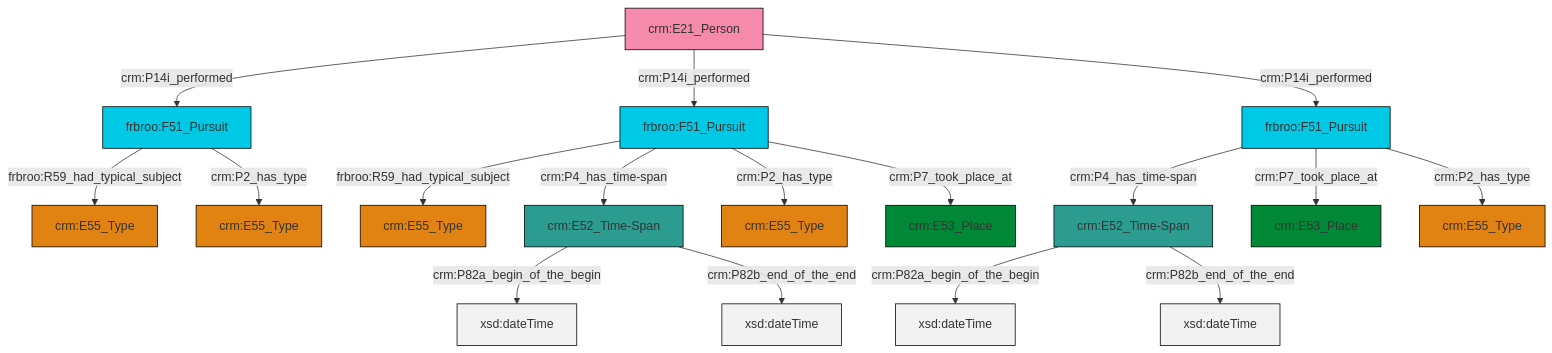
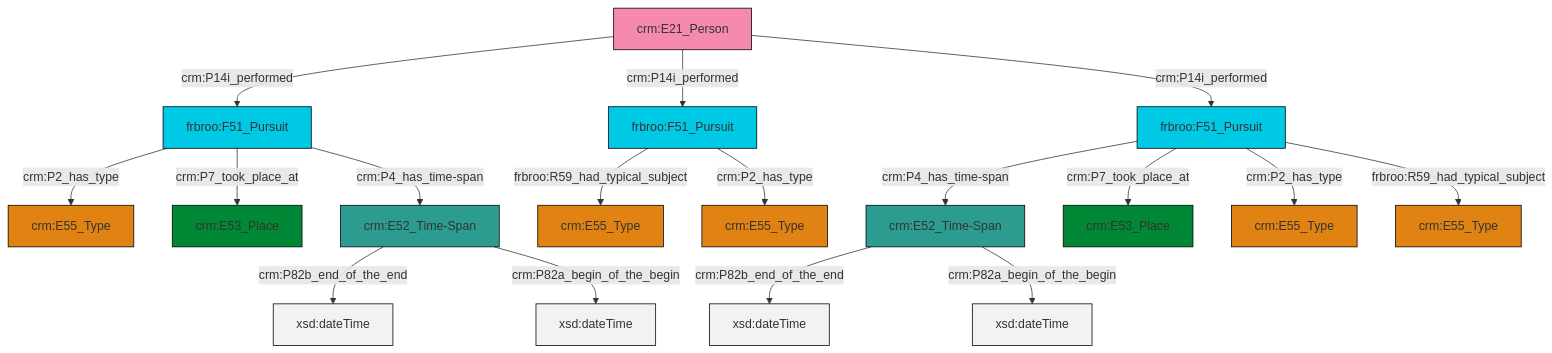
Before and after one commit to swiss-art-research-net/reference-data-models: the diagram in et/personCSV/ttl/mmd/Person_Event.ttl.mmd, drawn with Mermaid. The commit also changed 131 other files, not shown here.

```diff
--- a/et/personCSV/ttl/mmd/Person_Event.ttl.mmd
+++ b/et/personCSV/ttl/mmd/Person_Event.ttl.mmd
@@ -1,31 +1,31 @@
 graph TD
 classDef Literal fill:#f2f2f2,stroke:#000000;
 classDef CRM_Entity fill:#FFFFFF,stroke:#000000;
 classDef Temporal_Entity fill:#00C9E6, stroke:#000000;
 classDef Type fill:#E18312, stroke:#000000;
 classDef Time-Span fill:#2C9C91, stroke:#000000;
 classDef Appellation fill:#FFEB7F, stroke:#000000;
 classDef Place fill:#008836, stroke:#000000;
 classDef Persistent_Item fill:#B266B2, stroke:#000000;
 classDef Conceptual_Object fill:#FFD700, stroke:#000000;
 classDef Physical_Thing fill:#D2B48C, stroke:#000000;
 classDef Actor fill:#f58aad, stroke:#000000;
 classDef PC_Classes fill:#4ce600, stroke:#000000;
 classDef Multi fill:#cccccc,stroke:#000000;
 
 0["crm:E21_Person"]:::Actor -->|crm:P14i_performed| 1["frbroo:F51_Pursuit"]:::Temporal_Entity
-2["frbroo:F51_Pursuit"]:::Temporal_Entity -->|frbroo:R59_had_typical_subject| 3["crm:E55_Type"]:::Type
-7["frbroo:F51_Pursuit"]:::Temporal_Entity -->|crm:P4_has_time-span| 8["crm:E52_Time-Span"]:::Time-Span
-8["crm:E52_Time-Span"]:::Time-Span -->|crm:P82a_begin_of_the_begin| 9[xsd:dateTime]:::Literal
-1["frbroo:F51_Pursuit"]:::Temporal_Entity -->|frbroo:R59_had_typical_subject| 13["crm:E55_Type"]:::Type
-1["frbroo:F51_Pursuit"]:::Temporal_Entity -->|crm:P2_has_type| 4["crm:E55_Type"]:::Type
+2["frbroo:F51_Pursuit"]:::Temporal_Entity -->|crm:P4_has_time-span| 6["crm:E52_Time-Span"]:::Time-Span
+7["crm:E52_Time-Span"]:::Time-Span -->|crm:P82b_end_of_the_end| 8[xsd:dateTime]:::Literal
+1["frbroo:F51_Pursuit"]:::Temporal_Entity -->|crm:P2_has_type| 9["crm:E55_Type"]:::Type
+2["frbroo:F51_Pursuit"]:::Temporal_Entity -->|crm:P7_took_place_at| 13["crm:E53_Place"]:::Place
+0["crm:E21_Person"]:::Actor -->|crm:P14i_performed| 14["frbroo:F51_Pursuit"]:::Temporal_Entity
+1["frbroo:F51_Pursuit"]:::Temporal_Entity -->|crm:P7_took_place_at| 16["crm:E53_Place"]:::Place
+14["frbroo:F51_Pursuit"]:::Temporal_Entity -->|frbroo:R59_had_typical_subject| 19["crm:E55_Type"]:::Type
 0["crm:E21_Person"]:::Actor -->|crm:P14i_performed| 2["frbroo:F51_Pursuit"]:::Temporal_Entity
-7["frbroo:F51_Pursuit"]:::Temporal_Entity -->|crm:P7_took_place_at| 14["crm:E53_Place"]:::Place
-2["frbroo:F51_Pursuit"]:::Temporal_Entity -->|crm:P4_has_time-span| 15["crm:E52_Time-Span"]:::Time-Span
-15["crm:E52_Time-Span"]:::Time-Span -->|crm:P82a_begin_of_the_begin| 17[xsd:dateTime]:::Literal
-8["crm:E52_Time-Span"]:::Time-Span -->|crm:P82b_end_of_the_end| 18[xsd:dateTime]:::Literal
-2["frbroo:F51_Pursuit"]:::Temporal_Entity -->|crm:P2_has_type| 19["crm:E55_Type"]:::Type
-0["crm:E21_Person"]:::Actor -->|crm:P14i_performed| 7["frbroo:F51_Pursuit"]:::Temporal_Entity
-7["frbroo:F51_Pursuit"]:::Temporal_Entity -->|crm:P2_has_type| 21["crm:E55_Type"]:::Type
-15["crm:E52_Time-Span"]:::Time-Span -->|crm:P82b_end_of_the_end| 24[xsd:dateTime]:::Literal
-2["frbroo:F51_Pursuit"]:::Temporal_Entity -->|crm:P7_took_place_at| 28["crm:E53_Place"]:::Place
+2["frbroo:F51_Pursuit"]:::Temporal_Entity -->|crm:P2_has_type| 4["crm:E55_Type"]:::Type
+1["frbroo:F51_Pursuit"]:::Temporal_Entity -->|crm:P4_has_time-span| 7["crm:E52_Time-Span"]:::Time-Span
+6["crm:E52_Time-Span"]:::Time-Span -->|crm:P82b_end_of_the_end| 25[xsd:dateTime]:::Literal
+2["frbroo:F51_Pursuit"]:::Temporal_Entity -->|frbroo:R59_had_typical_subject| 20["crm:E55_Type"]:::Type
+6["crm:E52_Time-Span"]:::Time-Span -->|crm:P82a_begin_of_the_begin| 27[xsd:dateTime]:::Literal
+14["frbroo:F51_Pursuit"]:::Temporal_Entity -->|crm:P2_has_type| 11["crm:E55_Type"]:::Type
+7["crm:E52_Time-Span"]:::Time-Span -->|crm:P82a_begin_of_the_begin| 32[xsd:dateTime]:::Literal
```
